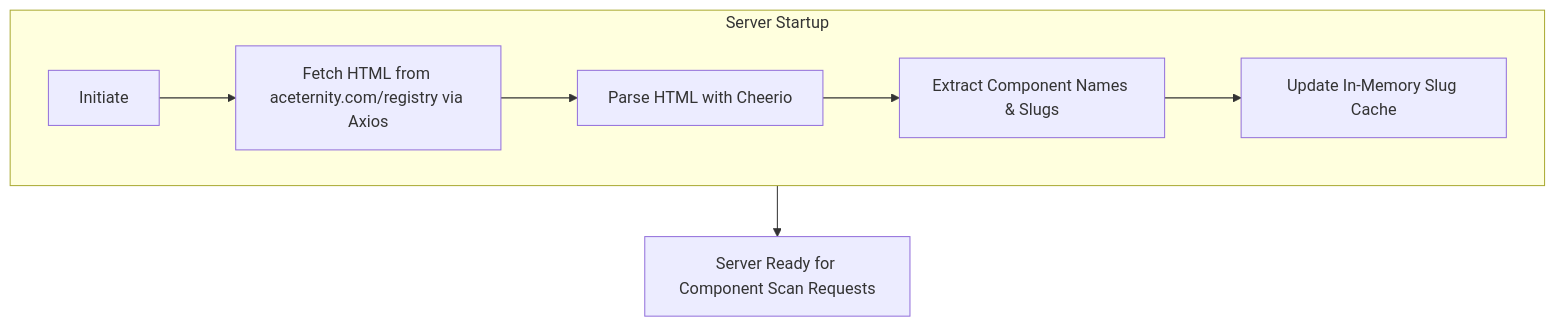
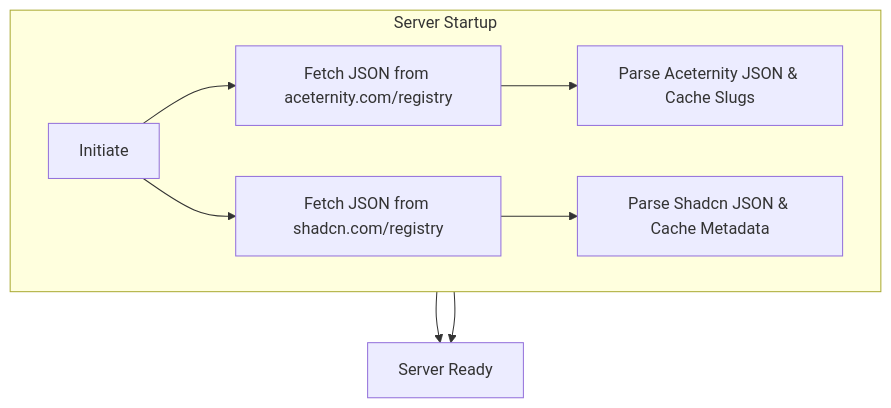
The first of 3 diagrams in README.md (dazeb/mcp-react-components), drawn with Mermaid before and after one commit. The commit also changed other lines of this file and 5 other files, not shown here.

````diff
--- a/README.md
+++ b/README.md
@@ -42,11 +49,12 @@
 ```mermaid
 graph TD
     subgraph Server Startup
         direction LR
-        A1[Initiate] --> A2[Fetch HTML from aceternity.com/registry via Axios]
-        A2 --> A3[Parse HTML with Cheerio]
-        A3 --> A4[Extract Component Names & Slugs]
-        A4 --> A5[Update In-Memory Slug Cache]
+        A1[Initiate] --> A2a[Fetch JSON from aceternity.com/registry]
+        A2a --> A3a[Parse Aceternity JSON & Cache Slugs]
+        A1 --> A2b[Fetch JSON from shadcn.com/registry]
+        A2b --> A3b[Parse Shadcn JSON & Cache Metadata]
     end
-    A5 --> A6[Server Ready for Component Scan Requests]
+    A3a --> A4[Server Ready]
+    A3b --> A4
 ```
````
